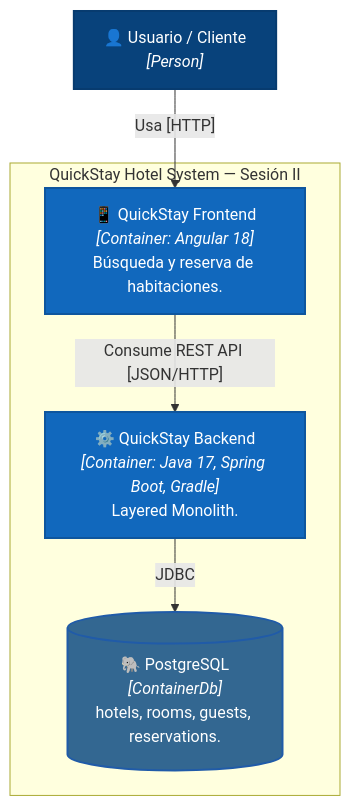
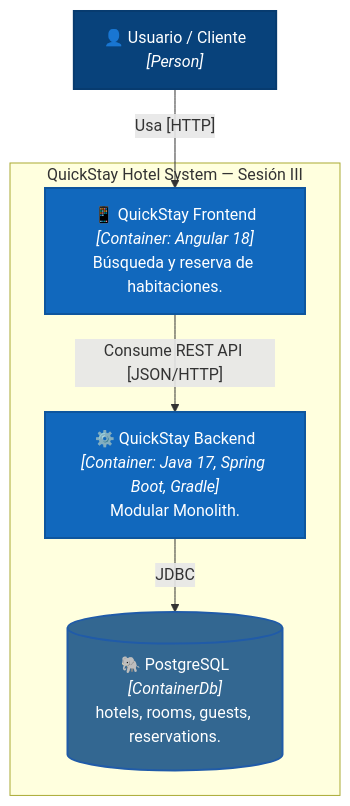
Before and after one commit to robertoq17/quickstay-hotel: the second of 3 diagrams in README.md, drawn with Mermaid. The commit also changed other lines of this file, not shown here.

Commit message:
modif README.md: text adjusted

````diff
--- a/README.md
+++ b/README.md
@@ -184,22 +184,22 @@
 ```mermaid
 graph TD
     user["👤 Usuario / Cliente<br/><i>[Person]</i>"]
 
-    subgraph SystemBoundary["QuickStay Hotel System — Sesión II"]
+    subgraph SystemBoundary["QuickStay Hotel System — Sesión III"]
         frontend["📱 QuickStay Frontend<br/><i>[Container: Angular 18]</i><br/>Búsqueda y reserva de habitaciones."]
-        backend["⚙️ QuickStay Backend<br/><i>[Container: Java 17, Spring Boot, Gradle]</i><br/>Layered Monolith."]
+        backend["⚙️ QuickStay Backend<br/><i>[Container: Java 17, Spring Boot, Gradle]</i><br/>Modular Monolith."]
         database[("🐘 PostgreSQL<br/><i>[ContainerDb]</i><br/>hotels, rooms, guests, reservations.")]
     end
 
     user -->|"Usa [HTTP]"| frontend
     frontend -->|"Consume REST API [JSON/HTTP]"| backend
     backend -->|"JDBC"| database
 
     classDef person fill:#08427b,color:#fff,stroke:#073b6f,stroke-width:2px;
     classDef container fill:#1168bd,color:#fff,stroke:#0e569e,stroke-width:2px;
     classDef db fill:#336791,color:#fff,stroke:#205ba8,stroke-width:2px;
 
     class user person;
     class frontend,backend container;
     class database db;
 ```
````
